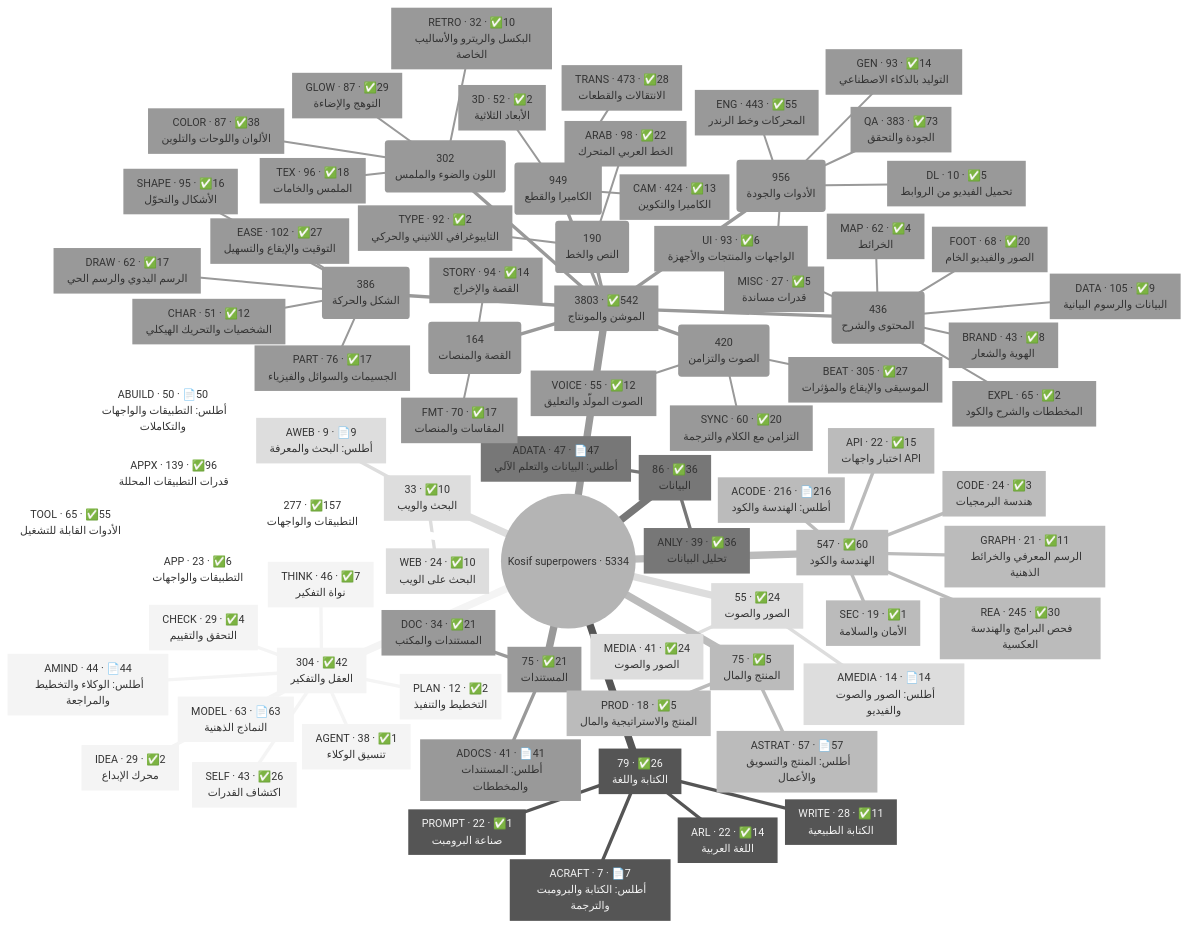
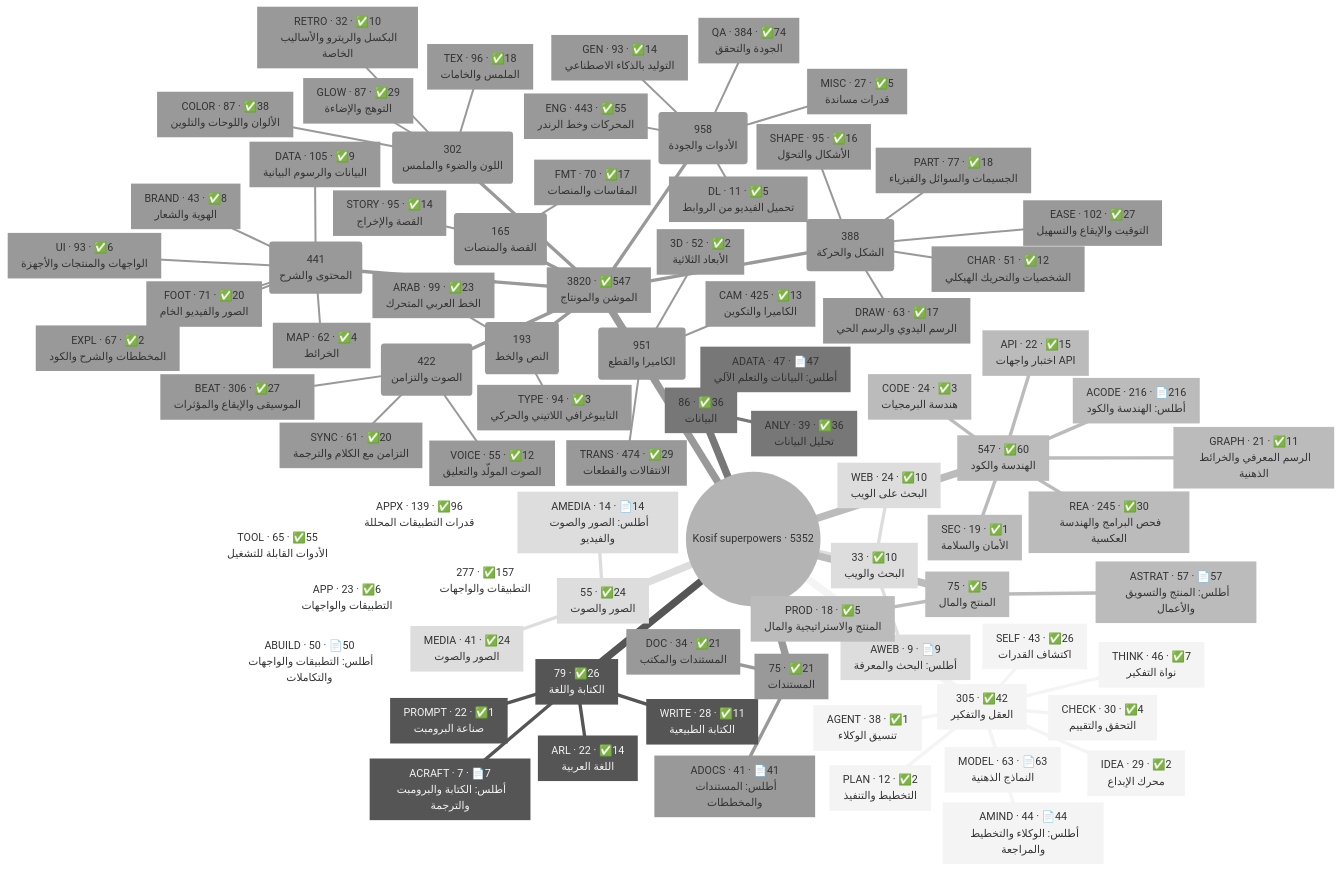
Before and after one commit to kosif199022-jpg/kosif-tool: the first of 2 diagrams in .claude/skills/kosif-superpowers/references/capability-map.md, drawn with Mermaid (neutral theme). The commit also changed other lines of this file and 67 other files, not shown here.

First line of the commit message:
Integrate owner uploads of 2026-10-23 into kosif-superpowers

````diff
--- a/.claude/skills/kosif-superpowers/references/capability-map.md
+++ b/.claude/skills/kosif-superpowers/references/capability-map.md
@@ -18,7 +18,7 @@
 ```mermaid
 mindmap
-  root((Kosif superpowers · 5334))
-    n1["`304 · ✅42
+  root((Kosif superpowers · 5352))
+    n1["`305 · ✅42
 العقل والتفكير`"]
       n2["`MODEL · 63 · 📄63
 النماذج الذهنية`"]
@@ -30,10 +30,10 @@
 اكتشاف القدرات`"]
       n6["`AGENT · 38 · ✅1
 تنسيق الوكلاء`"]
-      n7["`IDEA · 29 · ✅2
+      n7["`CHECK · 30 · ✅4
+التحقق والتقييم`"]
+      n8["`IDEA · 29 · ✅2
 محرك الإبداع`"]
-      n8["`CHECK · 29 · ✅4
-التحقق والتقييم`"]
       n9["`PLAN · 12 · ✅2
 التخطيط والتنفيذ`"]
     n10["`79 · ✅26
@@ -100,13 +100,13 @@
 أطلس: المنتج والتسويق والأعمال`"]
       n41["`PROD · 18 · ✅5
 المنتج والاستراتيجية والمال`"]
-    n42["`3803 · ✅542
+    n42["`3820 · ✅547
 الموشن والمونتاج`"]
-      n43("`190
+      n43("`193
 النص والخط`")
-        n44["`ARAB · 98 · ✅22
+        n44["`ARAB · 99 · ✅23
 الخط العربي المتحرك`"]
-        n45["`TYPE · 92 · ✅2
+        n45["`TYPE · 94 · ✅3
 التايبوغرافي اللاتيني والحركي`"]
       n46("`302
 اللون والضوء والملمس`")
@@ -118,64 +118,64 @@
 التوهج والإضاءة`"]
         n50["`RETRO · 32 · ✅10
 البكسل والريترو والأساليب الخاصة`"]
-      n51("`386
+      n51("`388
 الشكل والحركة`")
         n52["`EASE · 102 · ✅27
 التوقيت والإيقاع والتسهيل`"]
         n53["`SHAPE · 95 · ✅16
 الأشكال والتحوّل`"]
-        n54["`PART · 76 · ✅17
+        n54["`PART · 77 · ✅18
 الجسيمات والسوائل والفيزياء`"]
-        n55["`DRAW · 62 · ✅17
+        n55["`DRAW · 63 · ✅17
 الرسم اليدوي والرسم الحي`"]
         n56["`CHAR · 51 · ✅12
 الشخصيات والتحريك الهيكلي`"]
-      n57("`949
+      n57("`951
 الكاميرا والقطع`")
-        n58["`TRANS · 473 · ✅28
+        n58["`TRANS · 474 · ✅29
 الانتقالات والقطعات`"]
-        n59["`CAM · 424 · ✅13
+        n59["`CAM · 425 · ✅13
 الكاميرا والتكوين`"]
         n60["`3D · 52 · ✅2
 الأبعاد الثلاثية`"]
-      n61("`420
+      n61("`422
 الصوت والتزامن`")
-        n62["`BEAT · 305 · ✅27
+        n62["`BEAT · 306 · ✅27
 الموسيقى والإيقاع والمؤثرات`"]
-        n63["`SYNC · 60 · ✅20
+        n63["`SYNC · 61 · ✅20
 التزامن مع الكلام والترجمة`"]
         n64["`VOICE · 55 · ✅12
 الصوت المولّد والتعليق`"]
-      n65("`436
+      n65("`441
 المحتوى والشرح`")
         n66["`DATA · 105 · ✅9
 البيانات والرسوم البيانية`"]
         n67["`UI · 93 · ✅6
 الواجهات والمنتجات والأجهزة`"]
-        n68["`FOOT · 68 · ✅20
+        n68["`FOOT · 71 · ✅20
 الصور والفيديو الخام`"]
-        n69["`EXPL · 65 · ✅2
+        n69["`EXPL · 67 · ✅2
 المخططات والشرح والكود`"]
         n70["`MAP · 62 · ✅4
 الخرائط`"]
         n71["`BRAND · 43 · ✅8
 الهوية والشعار`"]
-      n72("`164
+      n72("`165
 القصة والمنصات`")
-        n73["`STORY · 94 · ✅14
+        n73["`STORY · 95 · ✅14
 القصة والإخراج`"]
         n74["`FMT · 70 · ✅17
 المقاسات والمنصات`"]
-      n75("`956
+      n75("`958
 الأدوات والجودة`")
         n76["`ENG · 443 · ✅55
 المحركات وخط الرندر`"]
-        n77["`QA · 383 · ✅73
+        n77["`QA · 384 · ✅74
 الجودة والتحقق`"]
         n78["`GEN · 93 · ✅14
 التوليد بالذكاء الاصطناعي`"]
         n79["`MISC · 27 · ✅5
 قدرات مساندة`"]
-        n80["`DL · 10 · ✅5
+        n80["`DL · 11 · ✅5
 تحميل الفيديو من الروابط`"]
 ```
````
